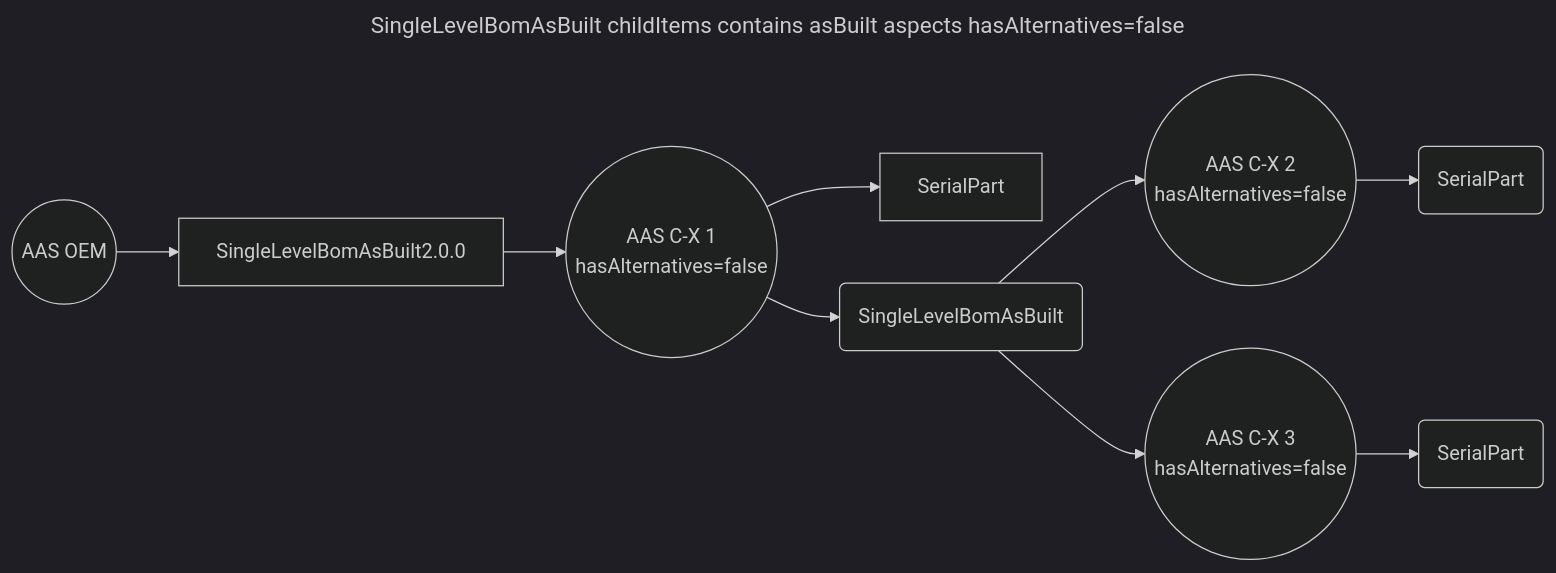
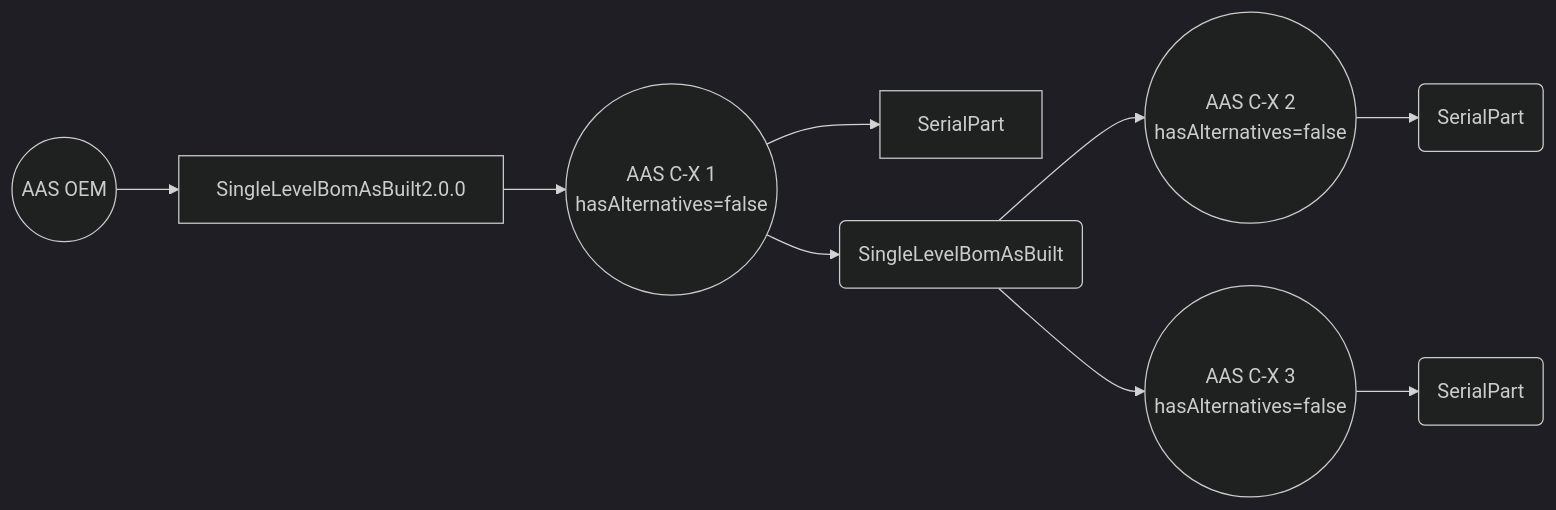
Before and after one commit to catenax-ng/tx-item-relationship-service: the first of 3 diagrams in docs/concept/#212-Update-of-aspect-model-SingleLevelBomAsBuilt-2_0_0/#212-Update-SingleLevelBomAsBuilt-2-0-0.md, drawn with Mermaid.

`````diff
--- a/docs/concept/#212-Update-of-aspect-model-SingleLevelBomAsBuilt-2_0_0/#212-Update-SingleLevelBomAsBuilt-2-0-0.md
+++ b/docs/concept/#212-Update-of-aspect-model-SingleLevelBomAsBuilt-2_0_0/#212-Update-SingleLevelBomAsBuilt-2-0-0.md
@@ -87,21 +87,18 @@
 ````mermaid
----
-title: SingleLevelBomAsBuilt childItems contains asBuilt aspects hasAlternatives=false 
----
 %%{init: { 'fontFamily': 'Architects daughter', 'theme': 'dark' , 'curve' : 'linear'} }%%
 flowchart LR
     s1((AAS C-X 1 
         hasAlternatives=false))
     SingleLevelBomAsBuilt[SingleLevelBomAsBuilt2.0.0]
     aas((AAS OEM)) --> 
     SingleLevelBomAsBuilt --> s1
     s1 --> SerialPart
     s1 --> SingleLevelBomAsBuilt2
     SingleLevelBomAsBuilt2(SingleLevelBomAsBuilt) --> s4((AAS C-X 2
         hasAlternatives=false))
     s4 --> SerialPart3(SerialPart)
     SingleLevelBomAsBuilt2 --> s5((AAS C-X 3
         hasAlternatives=false))
     s5 --> SerialPart2(SerialPart)
 
 ````
`````
